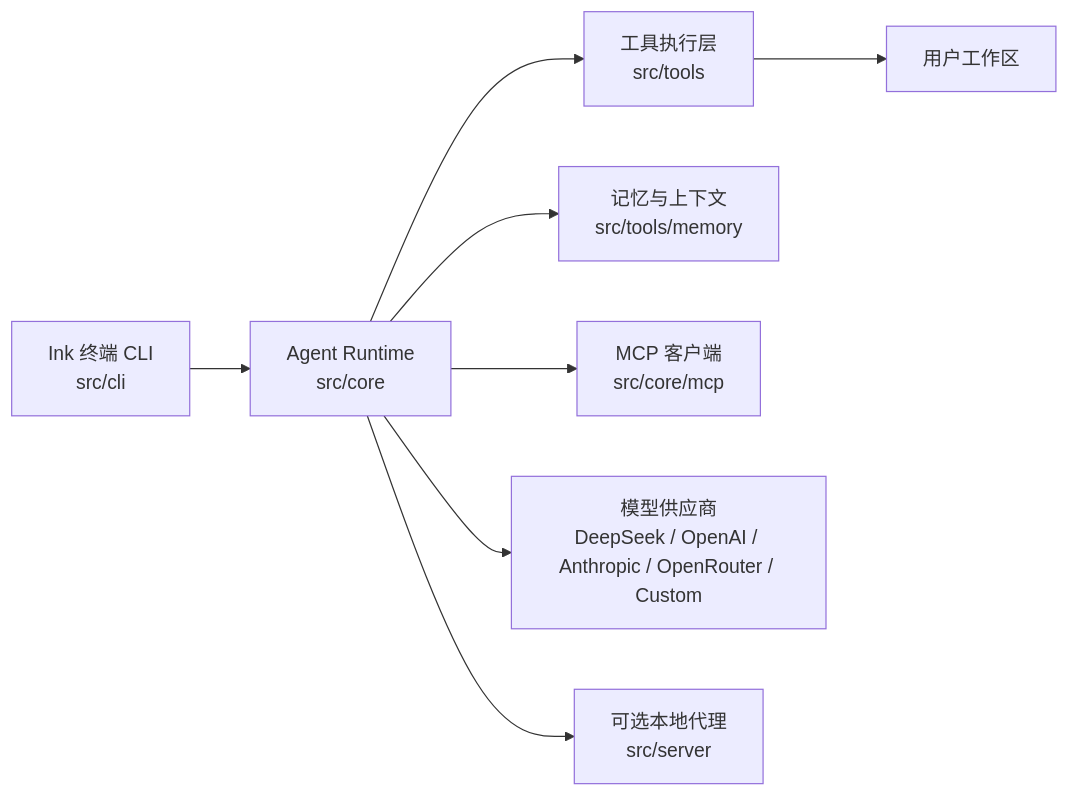
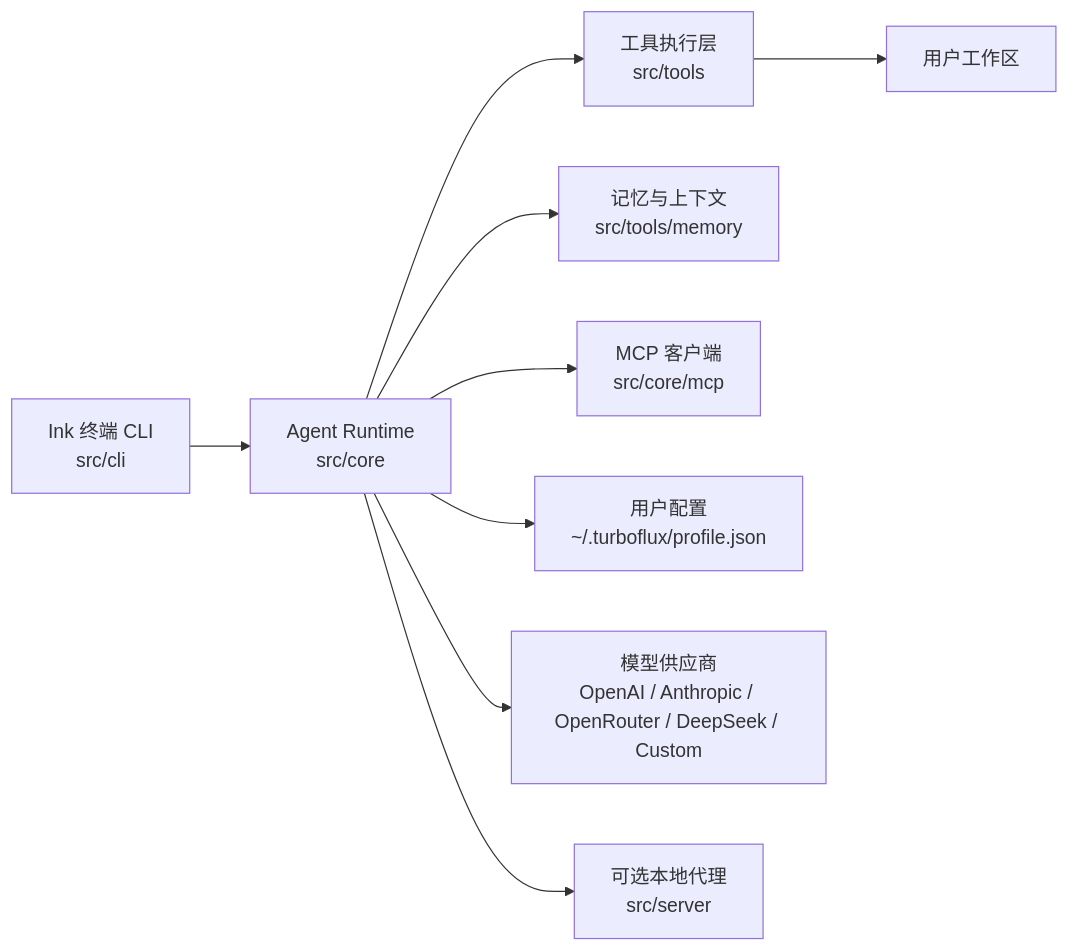
The first of 2 diagrams in README.md (MengShengbo/TurboFlux), drawn with Mermaid before and after one commit. The commit also changed other lines of this file and 12 other files, not shown here.

````diff
--- a/README.md
+++ b/README.md
@@ -38,10 +37,11 @@
 ```mermaid
 flowchart LR
   CLI["Ink 终端 CLI\nsrc/cli"] --> Runtime["Agent Runtime\nsrc/core"]
   Runtime --> Tools["工具执行层\nsrc/tools"]
   Runtime --> Memory["记忆与上下文\nsrc/tools/memory"]
   Runtime --> MCP["MCP 客户端\nsrc/core/mcp"]
-  Runtime --> Provider["模型供应商\nDeepSeek / OpenAI / Anthropic / OpenRouter / Custom"]
+  Runtime --> Profile["用户配置\n~/.turboflux/profile.json"]
+  Runtime --> Provider["模型供应商\nOpenAI / Anthropic / OpenRouter / DeepSeek / Custom"]
   Runtime --> Proxy["可选本地代理\nsrc/server"]
   Tools --> Workspace["用户工作区"]
 ```
````
